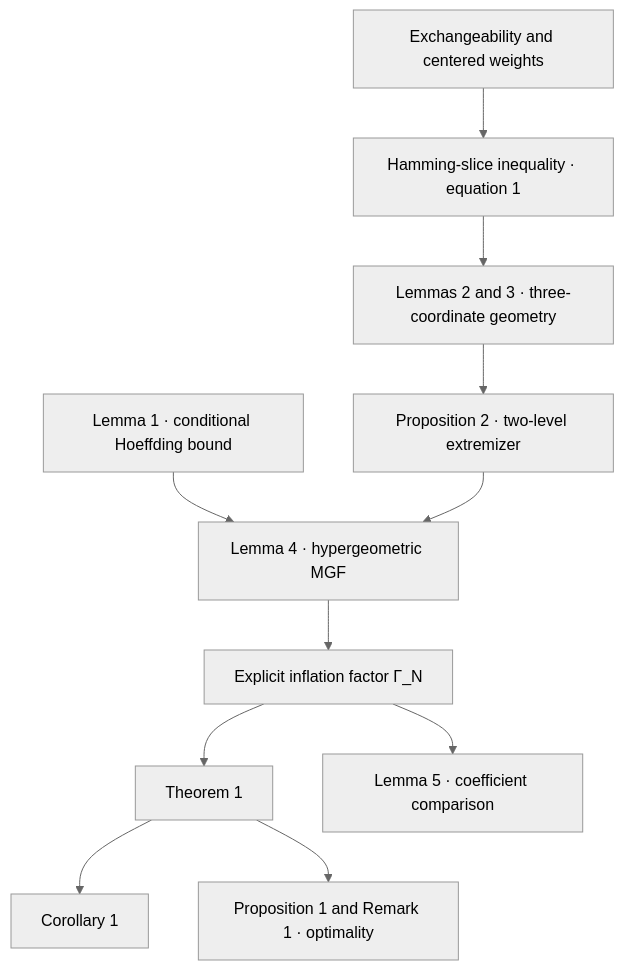
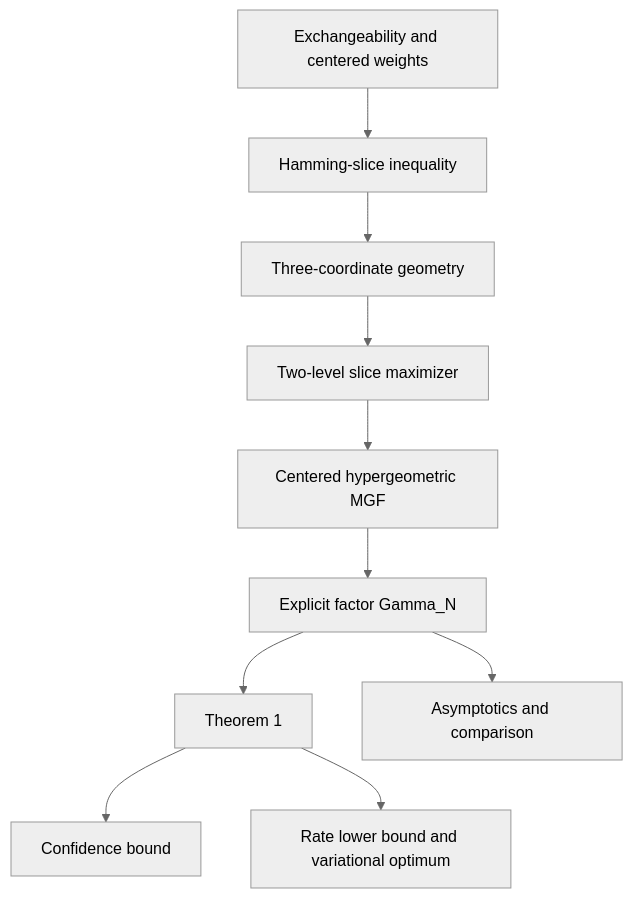
The diagram in README.md (statchan1106/exchangeable-hoeffding-lean), drawn with Mermaid (neutral theme) before and after one commit. The commit also changed other lines of this file and 5 other files, not shown here.

Commit message:
Clarify reader guide and proof architecture

````diff
--- a/README.md
+++ b/README.md
@@ -63,13 +71,12 @@
 ```mermaid
 flowchart TD
-    A[Exchangeability and centered weights] --> B[Hamming-slice inequality · equation 1]
-    B --> C[Lemmas 2 and 3 · three-coordinate geometry]
-    C --> D[Proposition 2 · two-level extremizer]
-    E[Lemma 1 · conditional Hoeffding bound] --> F[Lemma 4 · hypergeometric MGF]
-    D --> F
-    F --> G[Explicit inflation factor Γ_N]
-    G --> H[Theorem 1]
-    H --> I[Corollary 1]
-    G --> J[Lemma 5 · coefficient comparison]
-    H --> K[Proposition 1 and Remark 1 · optimality]
+    A[Exchangeability and centered weights] --> B[Hamming-slice inequality]
+    B --> C[Three-coordinate geometry]
+    C --> D[Two-level slice maximizer]
+    D --> E[Centered hypergeometric MGF]
+    E --> F[Explicit factor Gamma_N]
+    F --> G[Theorem 1]
+    G --> H[Confidence bound]
+    F --> I[Asymptotics and comparison]
+    G --> J[Rate lower bound and variational optimum]
 ```
````
